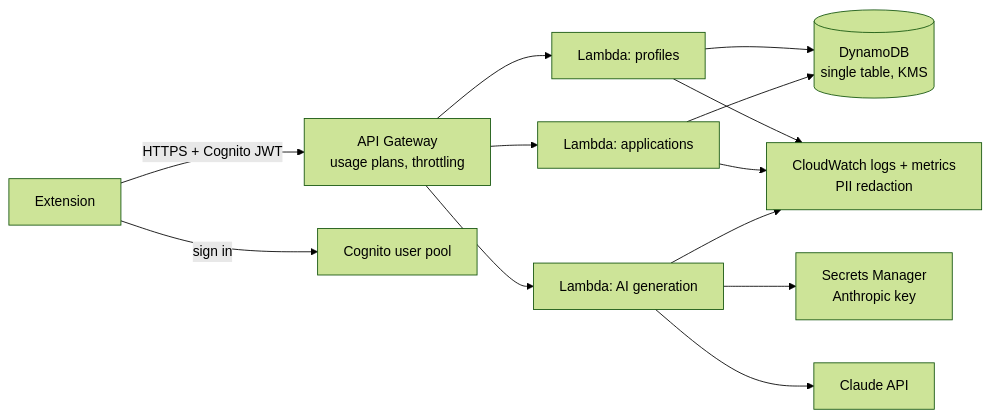
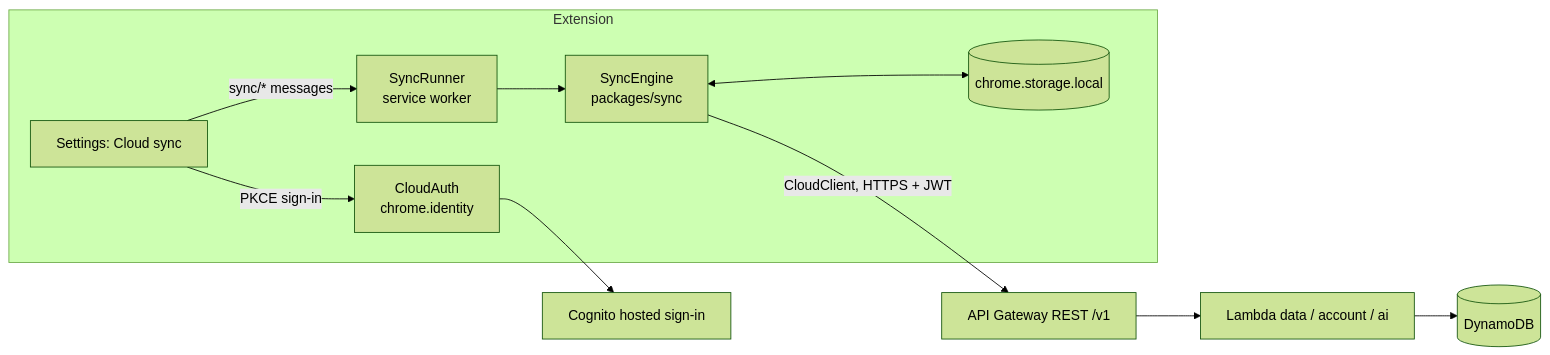
Before and after one commit to amadshamat/applypilot-ai: the fifth of 5 diagrams in ARCHITECTURE.md, drawn with Mermaid (forest theme). The commit also changed other lines of this file and 82 other files, not shown here.

First line of the commit message:
Phase 6: AWS cloud backend with optional sign-in and sync (v0.6.0)

````diff
--- a/ARCHITECTURE.md
+++ b/ARCHITECTURE.md
@@ -279,13 +282,13 @@
 ```mermaid
 flowchart LR
-  EXT[Extension] -- HTTPS + Cognito JWT --> APIGW[API Gateway<br/>usage plans, throttling]
-  APIGW --> L1[Lambda: profiles]
-  APIGW --> L2[Lambda: applications]
-  APIGW --> L3[Lambda: AI generation]
-  L1 --> DDB[(DynamoDB<br/>single table, KMS)]
-  L2 --> DDB
-  L3 --> SM[Secrets Manager<br/>Anthropic key]
-  L3 --> CL[Claude API]
-  L1 & L2 & L3 --> CW[CloudWatch logs + metrics<br/>PII redaction]
-  EXT -- sign in --> COG[Cognito user pool]
+  subgraph Extension
+    Card[Settings: Cloud sync] -- sync/* messages --> Runner[SyncRunner<br/>service worker]
+    Runner --> Engine[SyncEngine<br/>packages/sync]
+    Engine <--> Local[(chrome.storage.local)]
+    Card -- PKCE sign-in --> Auth[CloudAuth<br/>chrome.identity]
+  end
+  Auth --> Cognito[Cognito hosted sign-in]
+  Engine -- CloudClient, HTTPS + JWT --> APIGW[API Gateway REST /v1]
+  APIGW --> Lambda[Lambda data / account / ai]
+  Lambda --> DDB[(DynamoDB)]
 ```
````
